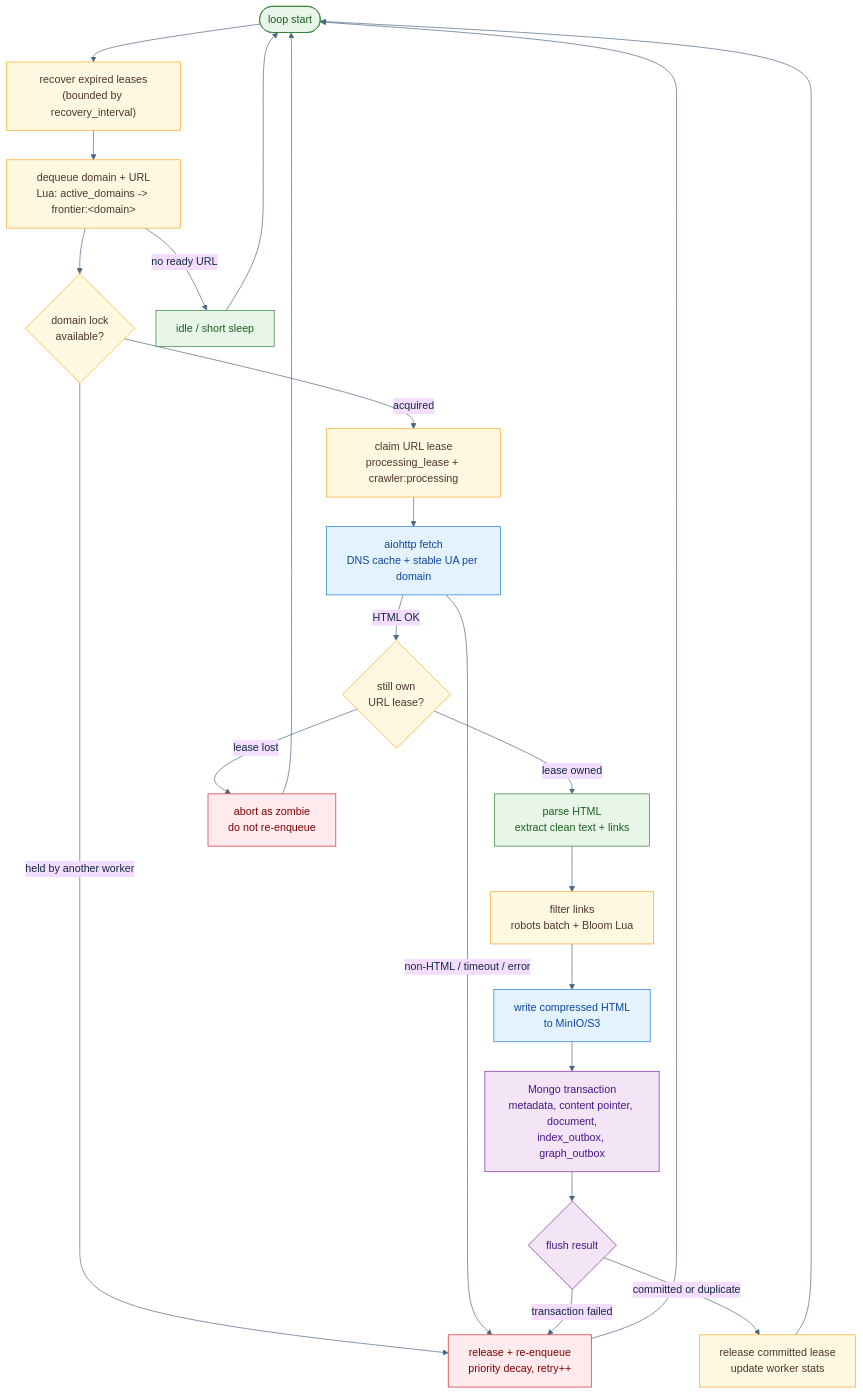
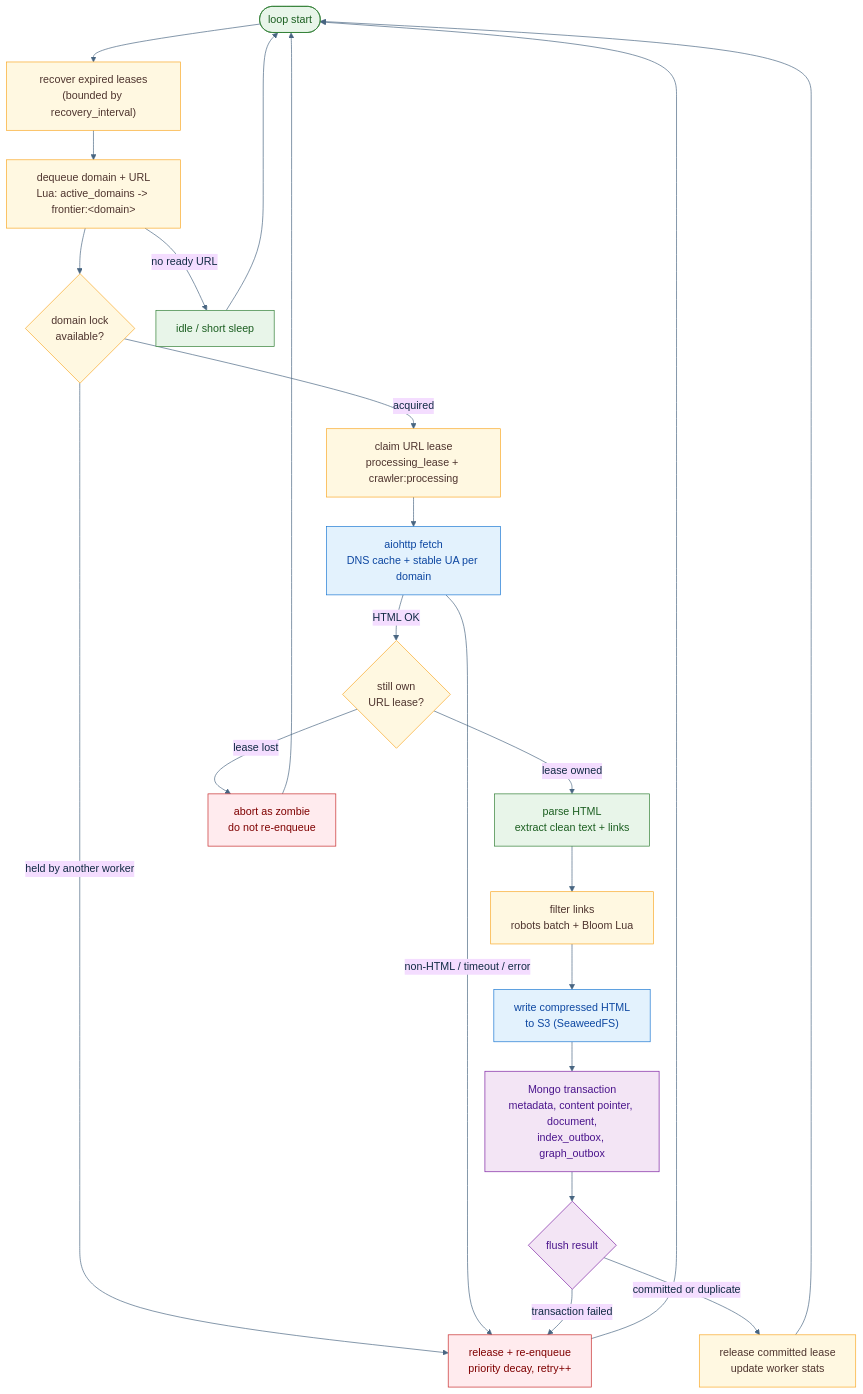
Before and after one commit to Parth-Babariya/Distributed-Web-Crawler: the diagram in report/mermaid/worker_lld.mmd, drawn with Mermaid. The commit also changed 5 other files, not shown here.

First line of the commit message:
Update architecture diagram and show it in the README

```diff
--- a/report/mermaid/worker_lld.mmd
+++ b/report/mermaid/worker_lld.mmd
@@ -1,36 +1,36 @@
 %%{init: {"theme":"base","themeVariables":{"fontFamily":"Arial","primaryTextColor":"#102a43","lineColor":"#486581"},"flowchart":{"nodeSpacing":32,"rankSpacing":44,"curve":"basis"}}}%%
 flowchart TB
     classDef redis fill:#FFF8E1,stroke:#F9A825,color:#4E342E
     classDef work fill:#E8F5E9,stroke:#2E7D32,color:#1B5E20
     classDef io fill:#E3F2FD,stroke:#1976D2,color:#0D47A1
     classDef fail fill:#FFEBEE,stroke:#C62828,color:#7F0000
     classDef txn fill:#F3E5F5,stroke:#7B1FA2,color:#4A148C
 
     Start(["loop start"]):::work
     Recover["recover expired leases<br/>(bounded by recovery_interval)"]:::redis
     Pop["dequeue domain + URL<br/>Lua: active_domains -> frontier:&lt;domain&gt;"]:::redis
     Polite{"domain lock<br/>available?"}:::redis
     Lease["claim URL lease<br/>processing_lease + crawler:processing"]:::redis
     Fetch["aiohttp fetch<br/>DNS cache + stable UA per domain"]:::io
     Verify{"still own<br/>URL lease?"}:::redis
     Parse["parse HTML<br/>extract clean text + links"]:::work
     Dedupe["filter links<br/>robots batch + Bloom Lua"]:::redis
-    Blob["write compressed HTML<br/>to MinIO/S3"]:::io
+    Blob["write compressed HTML<br/>to S3 (SeaweedFS)"]:::io
     Txn["Mongo transaction<br/>metadata, content pointer, document,<br/>index_outbox, graph_outbox"]:::txn
     Result{"flush result"}:::txn
     Done["release committed lease<br/>update worker stats"]:::redis
     Retry["release + re-enqueue<br/>priority decay, retry++"]:::fail
     Zombie["abort as zombie<br/>do not re-enqueue"]:::fail
     Sleep["idle / short sleep"]:::work
 
     Start --> Recover --> Pop
     Pop -->|no ready URL| Sleep --> Start
     Pop --> Polite
     Polite -->|held by another worker| Retry
     Polite -->|acquired| Lease --> Fetch
     Fetch -->|non-HTML / timeout / error| Retry
     Fetch -->|HTML OK| Verify
     Verify -->|lease lost| Zombie --> Start
     Verify -->|lease owned| Parse --> Dedupe --> Blob --> Txn --> Result
     Result -->|committed or duplicate| Done --> Start
     Result -->|transaction failed| Retry --> Start
```
